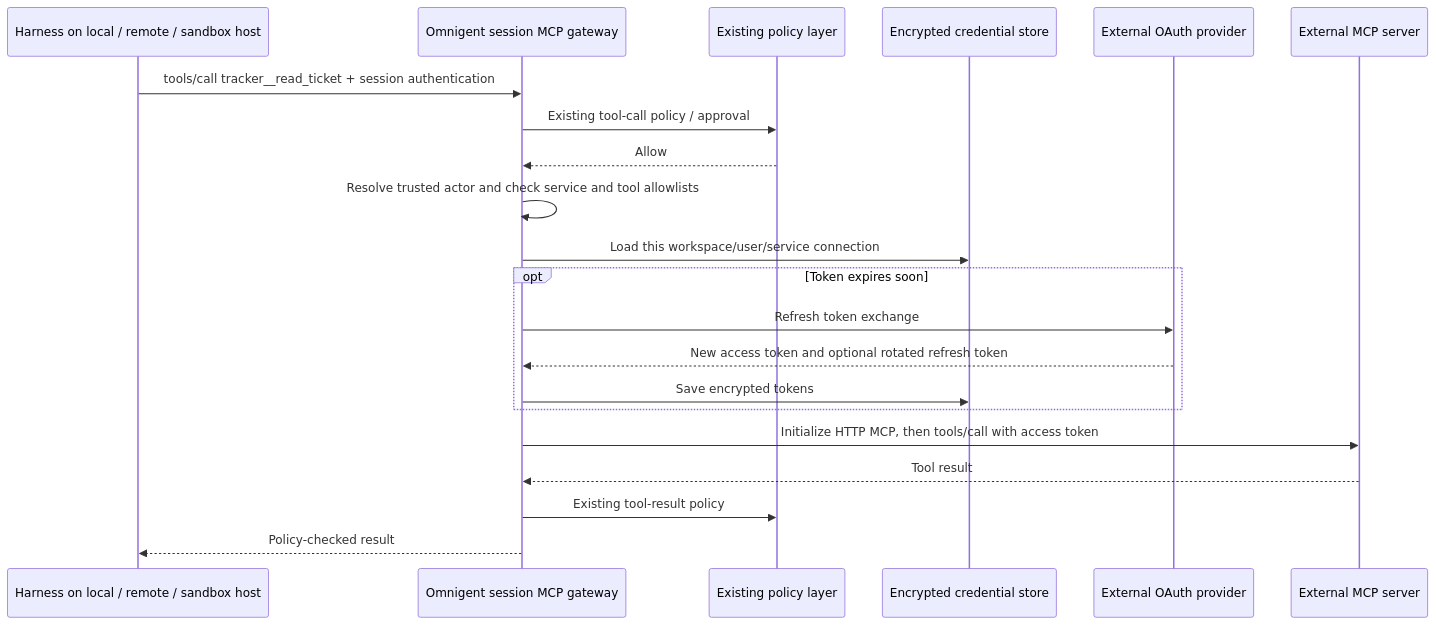
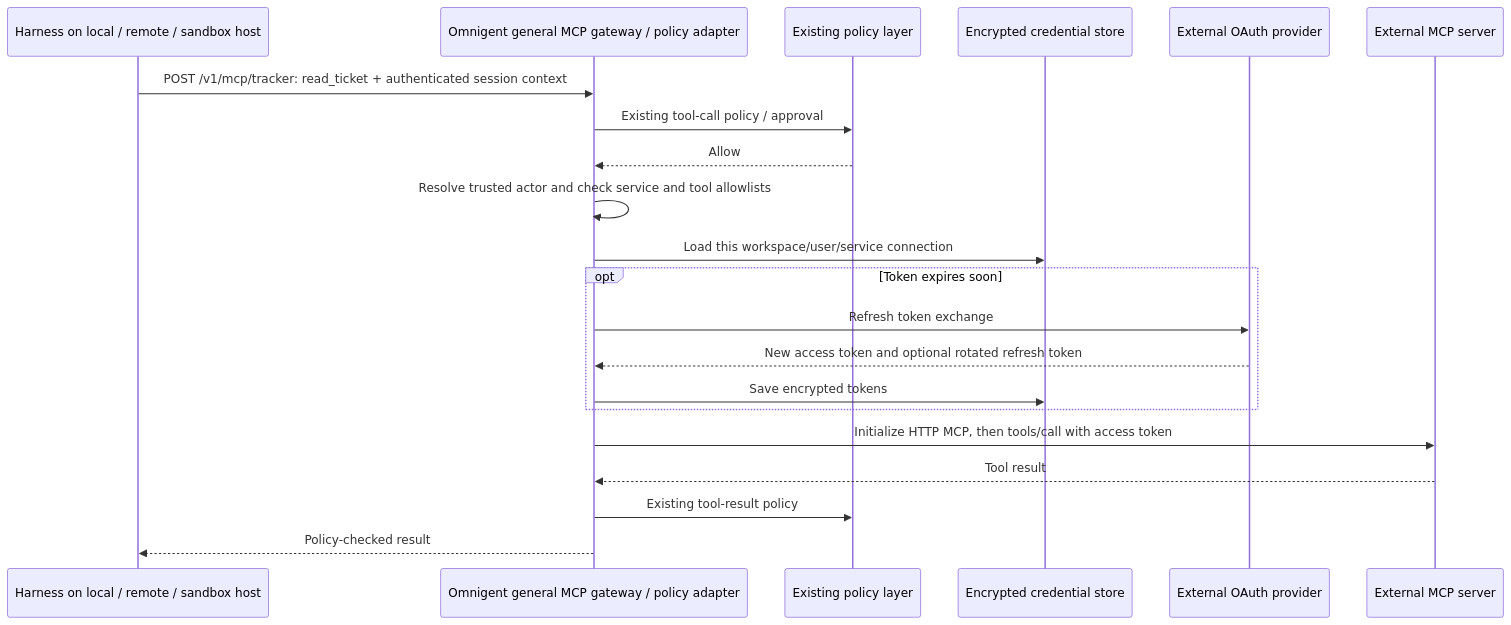
One commit to omnigent-ai/omnigent changed the third of 3 diagrams in examples/mcp-registry/README.md. Above: the diagram before and after it, drawn with Mermaid. The commit also changed other lines of this file and 19 other files, not shown here.

Commit message:
Separate managed MCP gateway routing from session policy context

````diff
--- a/examples/mcp-registry/README.md
+++ b/examples/mcp-registry/README.md
@@ -295,23 +296,23 @@
 ```mermaid
 sequenceDiagram
   participant H as Harness on local / remote / sandbox host
-  participant G as Omnigent session MCP gateway
+  participant G as Omnigent general MCP gateway / policy adapter
   participant P as Existing policy layer
   participant C as Encrypted credential store
   participant O as External OAuth provider
   participant M as External MCP server
-  H->>G: tools/call tracker__read_ticket + session authentication
+  H->>G: POST /v1/mcp/tracker: read_ticket + authenticated session context
   G->>P: Existing tool-call policy / approval
   P-->>G: Allow
   G->>G: Resolve trusted actor and check service and tool allowlists
   G->>C: Load this workspace/user/service connection
   opt Token expires soon
     G->>O: Refresh token exchange
     O-->>G: New access token and optional rotated refresh token
     G->>C: Save encrypted tokens
   end
   G->>M: Initialize HTTP MCP, then tools/call with access token
   M-->>G: Tool result
   G->>P: Existing tool-result policy
   G-->>H: Policy-checked result
 ```
````
